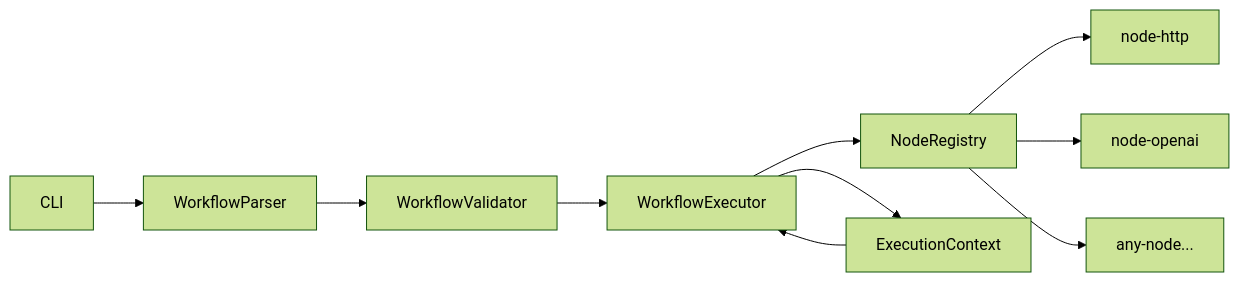
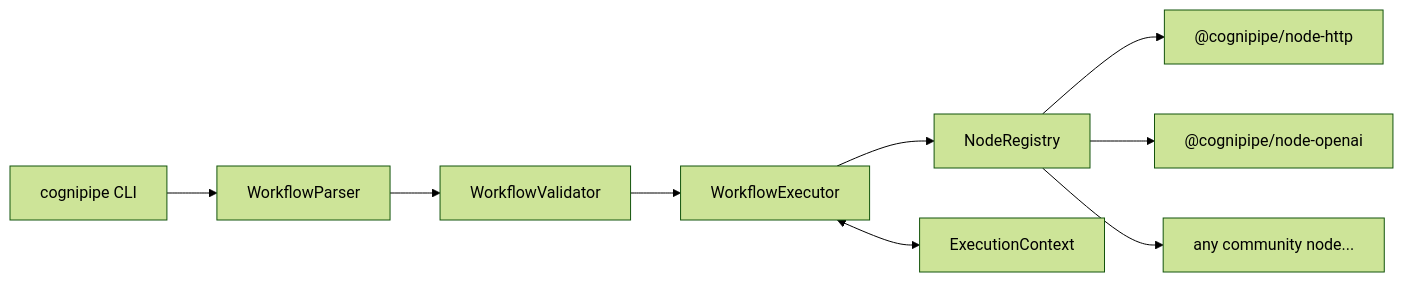
Before and after one commit to Aakif-Kohari/CogniPipe: the diagram in README.md, drawn with Mermaid (forest theme). The commit also changed other lines of this file and 3 other files, not shown here.

Commit message:
docs: polish readme, security policy, enforcement guidelines, roadmap… (#12)

````diff
--- a/README.md
+++ b/README.md
@@ -73,12 +65,11 @@
 ```mermaid
 graph LR
-  CLI --> WorkflowParser
-  WorkflowParser --> WorkflowValidator
-  WorkflowValidator --> WorkflowExecutor
-  WorkflowExecutor --> NodeRegistry
-  NodeRegistry --> Node1[node-http]
-  NodeRegistry --> Node2[node-openai]
-  NodeRegistry --> NodeN[any-node...]
-  WorkflowExecutor --> ExecutionContext
-  ExecutionContext --> WorkflowExecutor
+  CLI["cognipipe CLI"] --> Parser["WorkflowParser"]
+  Parser --> Validator["WorkflowValidator"]
+  Validator --> Executor["WorkflowExecutor"]
+  Executor --> Registry["NodeRegistry"]
+  Registry --> NodeHTTP["@cognipipe/node-http"]
+  Registry --> NodeOpenAI["@cognipipe/node-openai"]
+  Registry --> NodeN["any community node..."]
+  Executor <--> Context["ExecutionContext"]
 ```
````
